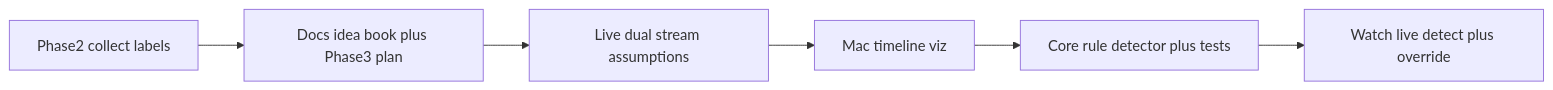
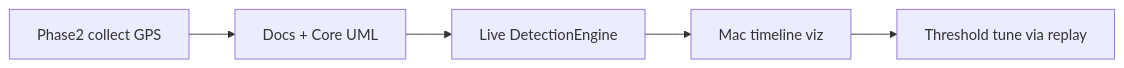
Before and after one commit to DCSBL/rppl: the diagram in Docs/Phase3.md, drawn with Mermaid. The commit also changed other lines of this file and 35 other files, not shown here.

First line of the commit message:
feat(core): replace Assumer with ride/pause DetectionEngine

````diff
--- a/Docs/Phase3.md
+++ b/Docs/Phase3.md
@@ -52,14 +44,12 @@
 ```mermaid
 flowchart LR
-  collect[Phase2 collect labels]
-  dual[Live dual stream assumptions]
-  docs[Docs idea book plus Phase3 plan]
+  collect[Phase2 collect GPS]
+  detect[Live DetectionEngine]
+  docs[Docs + Core UML]
   viz[Mac timeline viz]
-  core[Core rule detector plus tests]
-  live[Watch live detect plus override]
+  tune[Threshold tune via replay]
   collect --> docs
-  docs --> dual
-  dual --> viz
-  viz --> core
-  core --> live
+  docs --> detect
+  detect --> viz
+  viz --> tune
 ```
````
